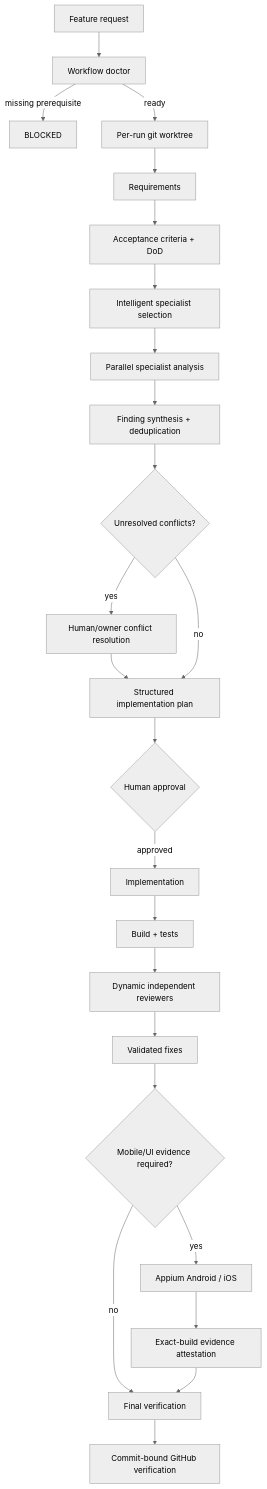
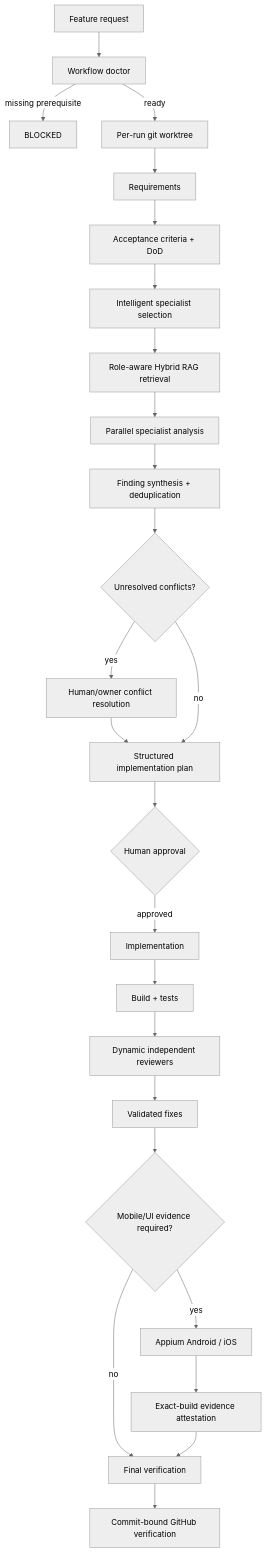
The first of 2 diagrams in README.md (mohamedma872/ai-agent-workflow-kit), drawn with Mermaid (neutral theme) before and after one commit. The commit also changed other lines of this file and 11 other files, not shown here.

First line of the commit message:
Add Hybrid RAG context retrieval for workflow agents

````diff
--- a/README.md
+++ b/README.md
@@ -44,32 +45,33 @@
 ```mermaid
 flowchart TD
     A[Feature request] --> D[Workflow doctor]
     D -->|missing prerequisite| X[BLOCKED]
     D -->|ready| W[Per-run git worktree]
 
     W --> R[Requirements]
     R --> AC[Acceptance criteria + DoD]
     AC --> S[Intelligent specialist selection]
 
-    S --> AN[Parallel specialist analysis]
+    S --> RG[Role-aware Hybrid RAG retrieval]
+    RG --> AN[Parallel specialist analysis]
     AN --> SY[Finding synthesis + deduplication]
     SY --> C{Unresolved conflicts?}
     C -->|yes| HR[Human/owner conflict resolution]
     HR --> P
     C -->|no| P[Structured implementation plan]
 
     P --> H{Human approval}
     H -->|approved| I[Implementation]
     I --> T[Build + tests]
 
     T --> RS[Dynamic independent reviewers]
     RS --> F[Validated fixes]
 
     F --> M{Mobile/UI evidence required?}
     M -->|yes| AP[Appium Android / iOS]
     AP --> E[Exact-build evidence attestation]
     M -->|no| FV[Final verification]
     E --> FV
 
     FV --> G[Commit-bound GitHub verification]
 ```
````
